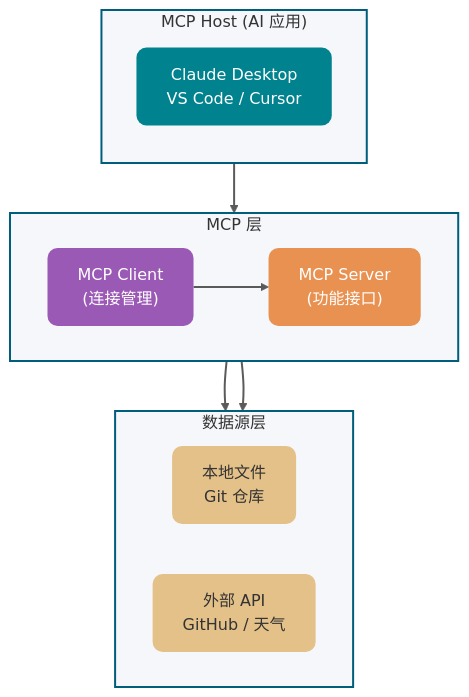
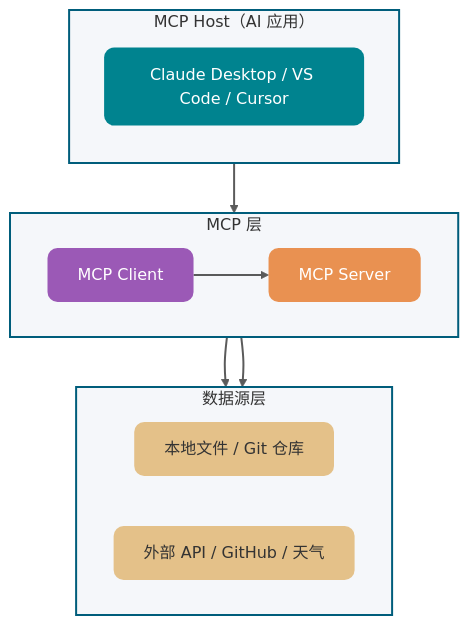
The first of 2 diagrams in docs/ai/agent/mcp.md (nemoipaha/JavaGuide), drawn with Mermaid before and after one commit. The commit also changed other lines of this file and 11 other files, not shown here.

````diff
--- a/docs/ai/agent/mcp.md
+++ b/docs/ai/agent/mcp.md
@@ -138,33 +69,33 @@
 ```mermaid
 flowchart TB
-    %% 定义全局样式（2026 规范）
+    %% 定义全局样式
     classDef client fill:#00838F,color:#FFFFFF,stroke:none,rx:10,ry:10
     classDef infra fill:#9B59B6,color:#FFFFFF,stroke:none,rx:10,ry:10
     classDef business fill:#E99151,color:#FFFFFF,stroke:none,rx:10,ry:10
     classDef storage fill:#E4C189,color:#333333,stroke:none,rx:10,ry:10
 
-    subgraph Host["MCP Host (AI 应用)"]
+    subgraph Host["MCP Host（AI 应用）"]
         direction TB
         style Host fill:#F5F7FA,color:#333333,stroke:#005D7B,stroke-width:2px
-        App["Claude Desktop<br/>VS Code / Cursor"]:::client
+        App["Claude Desktop / VS Code / Cursor"]:::client
     end
 
     subgraph Layer["MCP 层"]
         direction LR
         style Layer fill:#F5F7FA,color:#333333,stroke:#005D7B,stroke-width:2px
-        MCPClient["MCP Client<br/>(连接管理)"]:::infra --> MCPServer["MCP Server<br/>(功能接口)"]:::business
+        MCPClient["MCP Client"]:::infra --> MCPServer["MCP Server"]:::business
     end
 
     subgraph Data["数据源层"]
         direction LR
         style Data fill:#F5F7FA,color:#333333,stroke:#005D7B,stroke-width:2px
-        LocalFiles["本地文件<br/>Git 仓库"]:::storage
-        ExternalAPI["外部 API<br/>GitHub / 天气"]:::storage
+        LocalFiles["本地文件 / Git 仓库"]:::storage
+        ExternalAPI["外部 API / GitHub / 天气"]:::storage
     end
 
     App --> MCPClient
     MCPServer --> LocalFiles
     MCPServer --> ExternalAPI
 
     linkStyle default stroke-width:2px,stroke:#333333,opacity:0.8
 ```
````
